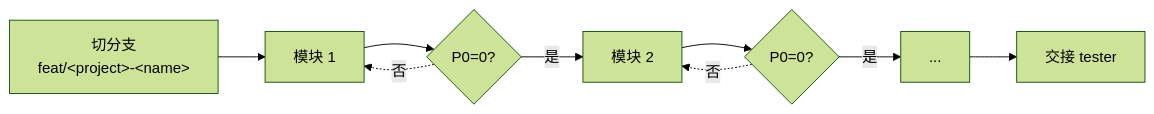
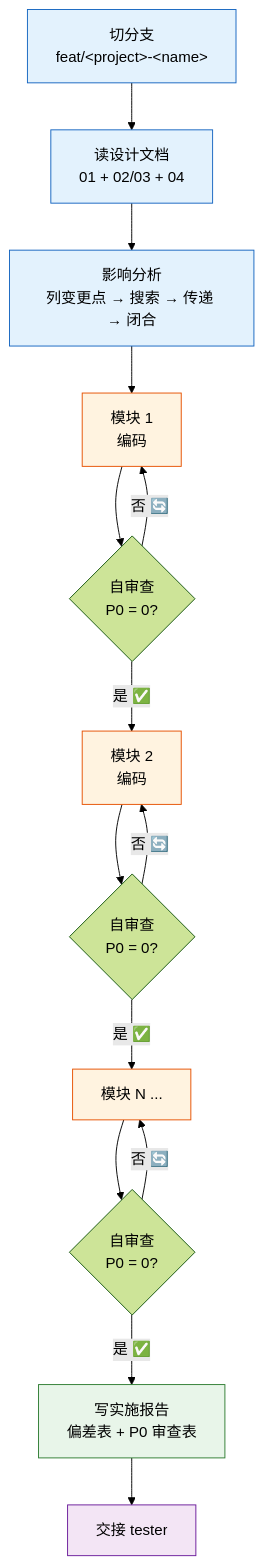
The first of 4 diagrams in agents/coder.md (effiy/YrY), drawn with Mermaid (forest theme) before and after one commit. The commit also changed other lines of this file and 18 other files, not shown here.

````diff
--- a/agents/coder.md
+++ b/agents/coder.md
@@ -17,9 +13,22 @@
 ```mermaid
-flowchart LR
-    Br[切分支<br/>feat/&lt;project&gt;-&lt;name&gt;] --> M1[模块 1] --> R1{P0=0?}
-    R1 -.否.-> M1
-    R1 -->|是| M2[模块 2] --> R2{P0=0?}
-    R2 -.否.-> M2
-    R2 -->|是| Mn[...]
-    Mn --> Done[交接 tester]
+flowchart TB
+    BR["切分支<br/>feat/&lt;project&gt;-&lt;name&gt;"]:::setup --> RD["读设计文档<br/>01 + 02/03 + 04"]:::setup
+    RD --> MI["影响分析<br/>列变更点 → 搜索 → 传递 → 闭合"]:::setup
+
+    MI --> M1["模块 1<br/>编码"]:::impl
+    M1 --> R1{"自审查<br/>P0 = 0?"}
+    R1 -->|"否 🔄"| M1
+    R1 -->|"是 ✅"| M2["模块 2<br/>编码"]:::impl
+    M2 --> R2{"自审查<br/>P0 = 0?"}
+    R2 -->|"否 🔄"| M2
+    R2 -->|"是 ✅"| MN["模块 N ..."]:::impl
+    MN --> RN{"自审查<br/>P0 = 0?"}
+    RN -->|"否 🔄"| MN
+    RN -->|"是 ✅"| RP["写实施报告<br/>偏差表 + P0 审查表"]:::report
+    RP --> HD["交接 tester"]:::done
+
+    classDef setup fill:#e3f2fd,stroke:#1565c0;
+    classDef impl fill:#fff3e0,stroke:#e65100;
+    classDef report fill:#e8f5e9,stroke:#2e7d32;
+    classDef done fill:#f3e5f5,stroke:#6a1b9a;
 ```
````
